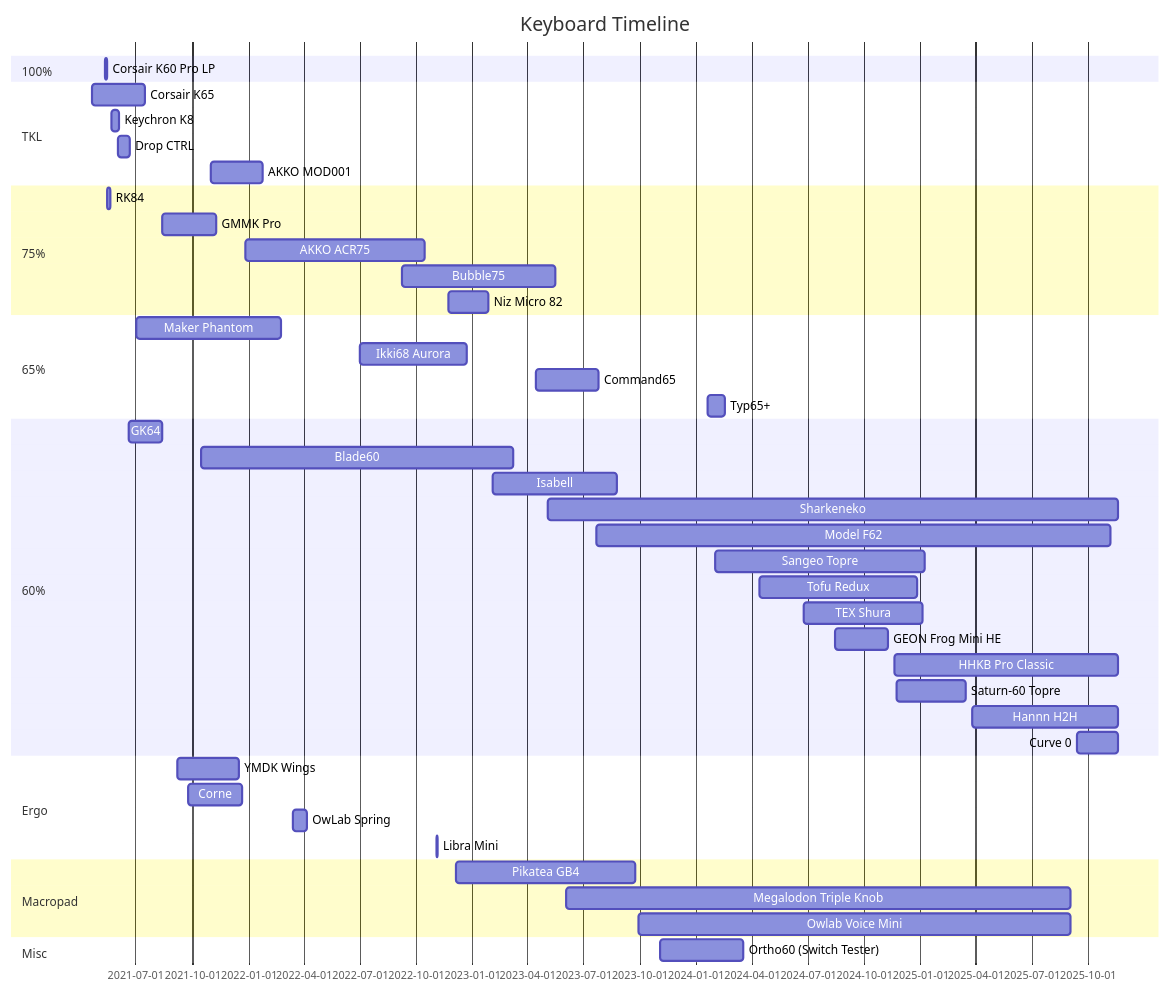
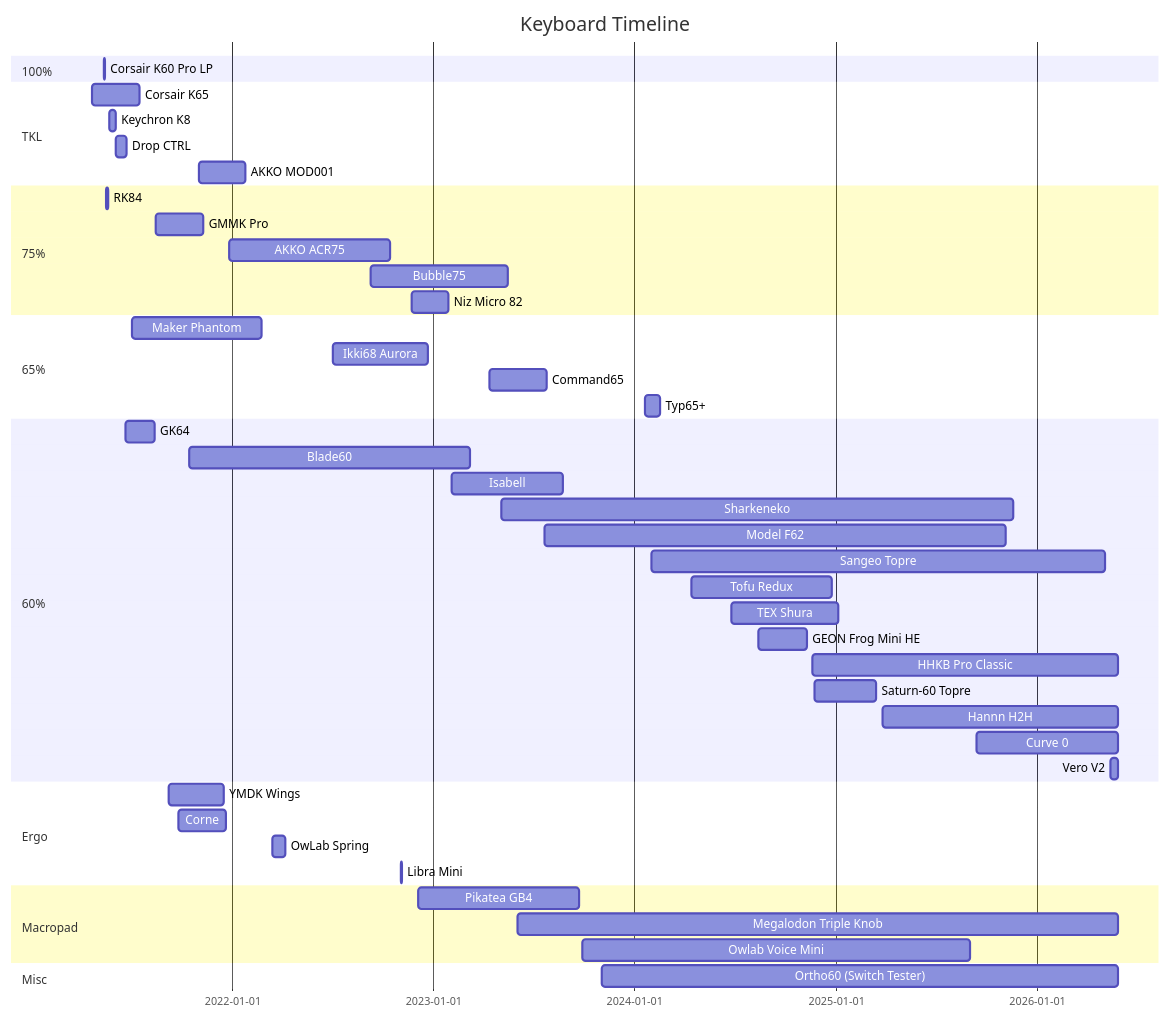
The diagram in content/keyboard-index.md (d-floe/quartz), drawn with Mermaid before and after one commit. The commit also changed other lines of this file and 9 other files, not shown here.

````diff
--- a/content/keyboard-index.md
+++ b/content/keyboard-index.md
@@ -6,58 +6,59 @@
 ```mermaid
 gantt
         title Keyboard Timeline
         dateFormat  MMMM Do YYYY
         todayMarker off
 
         section 100%
         Corsair K60 Pro LP:a2, May 12th 2021,May 15th 2021
 
         section TKL
         Corsair K65:a1, April 21st 2021,July 17th 2021
         Keychron K8:a4, May 22nd 2021,June 4th 2021
         Drop CTRL:a5, June 3rd 2021,June 22nd 2021
         AKKO MOD001:a12, November 1st 2021,January 25th 2022
 
         section 75%
         RK84:a3, May 16th 2021,May 21st 2021
         GMMK Pro:a8, August 14th 2021,November 10th 2021
 
         AKKO ACR75:a13, December 27th 2021,October 15th 2022
         Bubble75:a16, September 9th 2022,May 16th 2023
         Niz Micro 82:a18, November 23rd 2022,January 28th 2023
 
         section 65%
         Maker Phantom:a7, July 2nd 2021,February 23rd 2022
         Ikki68 Aurora:a15, July 2nd 2022,December 23rd 2022
         Command65:a20, April 14th 2023,July 26th 2023
         Typ65+:a23, January 20th 2024,February 17th 2024
 
         section 60%
         GK64:a6, June 20th 2021,August 13th 2021
         Blade60:a11, October 15th 2021,March 9th 2023
         Isabell:a19, February 4th 2023,August 25th 2023
         Sharkeneko:a21, May 4th 2023,November 19th 2025
         Model F62:a22, July 22nd 2023,November 6th 2025
-        Sangeo Topre:a26,February 1st 2024,January 7th 2025
+        Sangeo Topre:a26,February 1st 2024,May 6th 2026
         Tofu Redux:a27,April 13th 2024,December 26th 2024
         TEX Shura:a28,June 25th 2024,January 5th 2025
         GEON Frog Mini HE:a29,August 14th 2024,November 9th 2024
-        HHKB Pro Classic:a30,November 20th 2024,November 19th 2025
+        HHKB Pro Classic:a30,November 20th 2024,May 29th 2026
         Saturn-60 Topre:a31,November 23rd 2024,March 16th 2025
-        Hannn H2H:a32,March 27th 2025,November 19th 2025
-        Curve 0:a33,September 13th 2025, November 19th 2025
+        Hannn H2H:a32,March 27th 2025,May 29th 2026
+        Curve 0:a33,September 13th 2025,May 29th 2026
+        Vero V2:a34,May 15th 2026,May 29th 2026
 
 		section Ergo
         YMDK Wings:a9, September 7th 2021,December 16th 2021
 		Corne:a10, September 25th 2021,December 21st 2021
 		OwLab Spring:a14, March 14th 2022,April 7th 2022
 		Libra Mini:a17, November 3rd 2022,November 6th 2022
 
 		section Macropad
 		Pikatea GB4:apk, December 5th 2022,September 23rd 2023
-		Megalodon Triple Knob:atk, June 3rd 2023,September 2nd 2025
+		Megalodon Triple Knob:atk, June 3rd 2023,May 29th 2026
 		Owlab Voice Mini:avm, September 29th 2023,September 2nd 2025
 
 		section Misc
-		Ortho60 (Switch Tester):ost, November 4th 2023,March 18th 2024
+		Ortho60 (Switch Tester):ost, November 4th 2023,May 29th 2026
 ```
````
